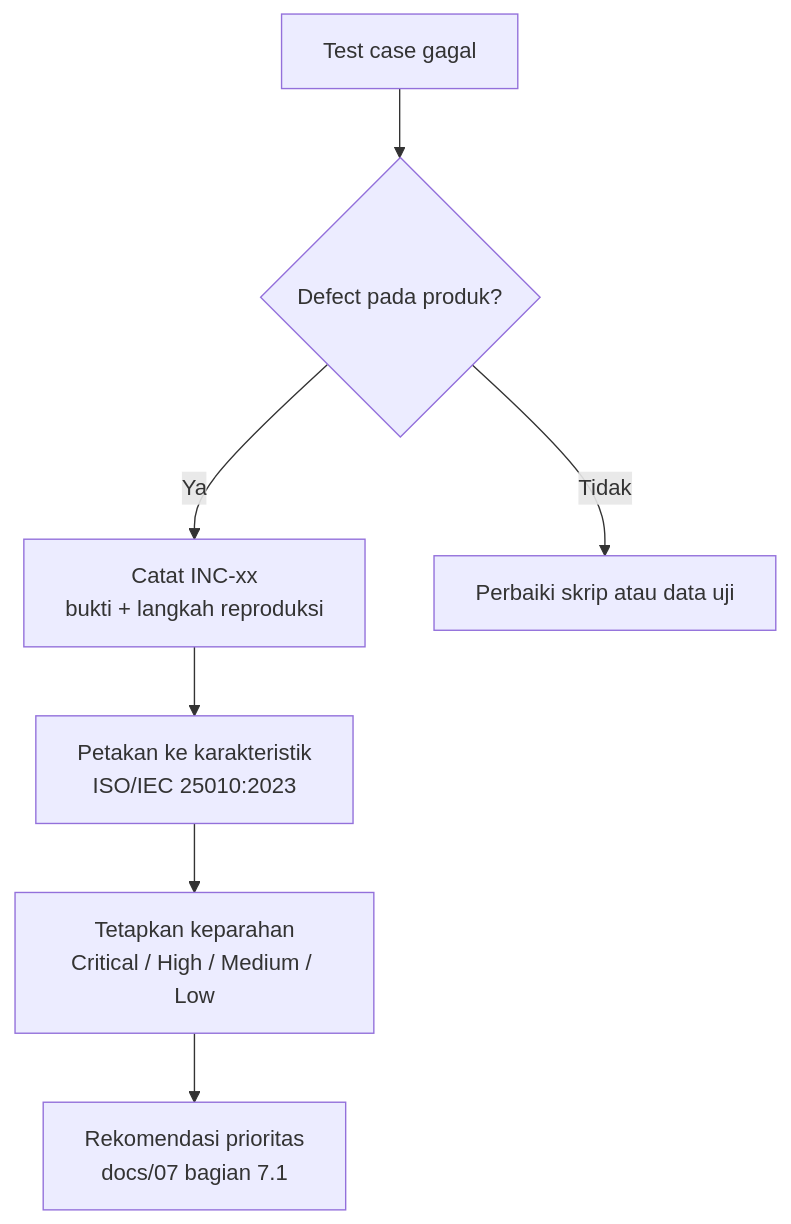
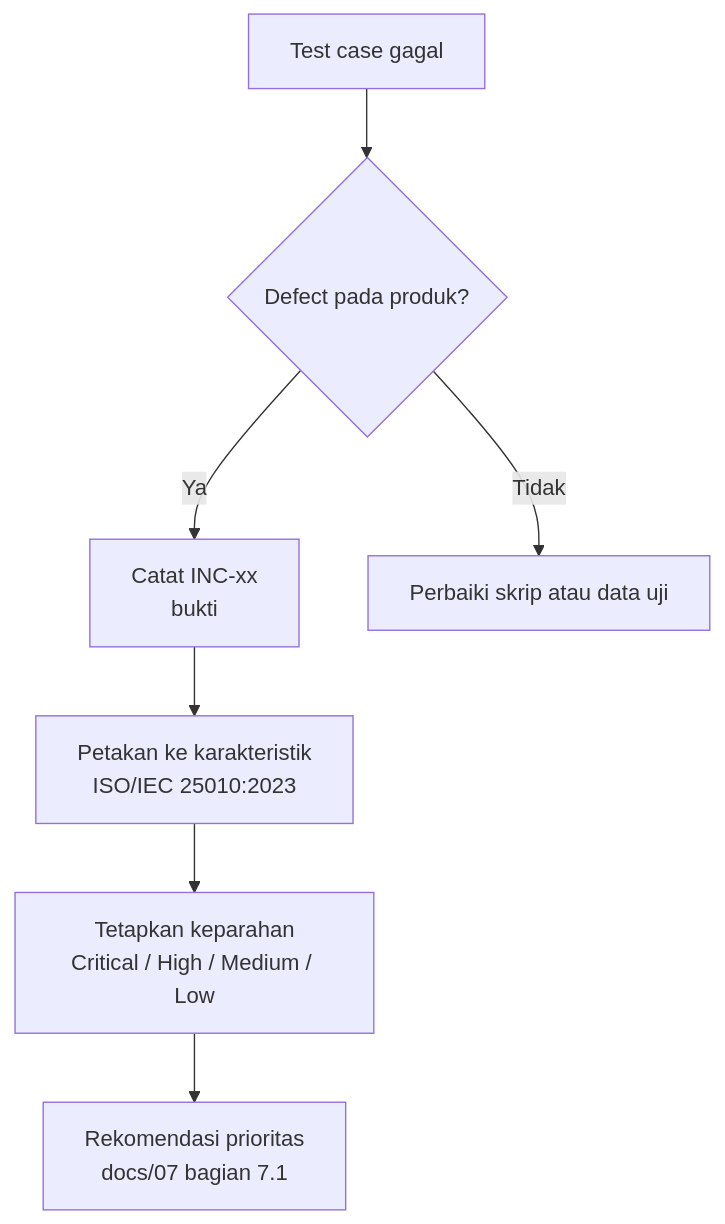
The diagram in diagrams/04-alur-temuan-insiden.mmd (ilhamnovriadi/TugasAkhirQA), drawn with Mermaid before and after one commit.

```diff
--- a/diagrams/04-alur-temuan-insiden.mmd
+++ b/diagrams/04-alur-temuan-insiden.mmd
@@ -1,7 +1,7 @@
 flowchart TD
     G["Test case gagal"] --> Q{"Defect pada produk?"}
-    Q -->|"Ya"| I["Catat INC-xx<br/>bukti + langkah reproduksi"]
+    Q -->|"Ya"| I["Catat INC-xx<br/>bukti"]
     Q -->|"Tidak"| F["Perbaiki skrip atau data uji"]
     I --> K["Petakan ke karakteristik<br/>ISO/IEC 25010:2023"]
     K --> S["Tetapkan keparahan<br/>Critical / High / Medium / Low"]
     S --> R["Rekomendasi prioritas<br/>docs/07 bagian 7.1"]
```
